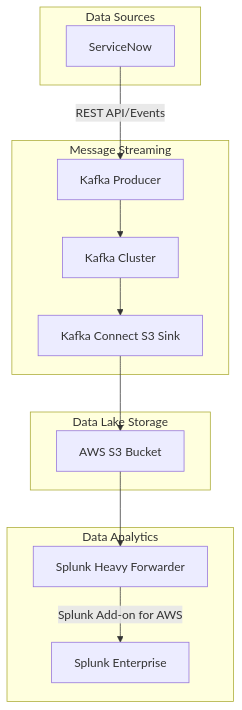
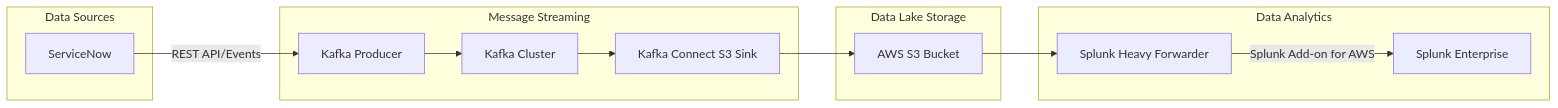
One commit to mdmosarafmd/ServiceNowKafkaS2Splunk changed the diagram in ServiceNowKafkaS3Splunk.md. Above: the diagram before and after it, drawn with Mermaid.

````diff
--- a/ServiceNowKafkaS3Splunk.md
+++ b/ServiceNowKafkaS3Splunk.md
@@ -9,28 +9,28 @@
 ```mermaid
-graph TD
+graph LR
     A[ServiceNow] -->|REST API/Events| B[Kafka Producer]
     B --> C[Kafka Cluster]
     C --> D[Kafka Connect S3 Sink]
     D --> E[AWS S3 Bucket]
     E --> F[Splunk Heavy Forwarder]
     F -->|Splunk Add-on for AWS| G[Splunk Enterprise]
     
     subgraph "Data Sources"
         A
     end
     
     subgraph "Message Streaming"
         B
         C
         D
     end
     
     subgraph "Data Lake Storage"
         E
     end
     
     subgraph "Data Analytics"
         F
         G
     end
 ```
````
